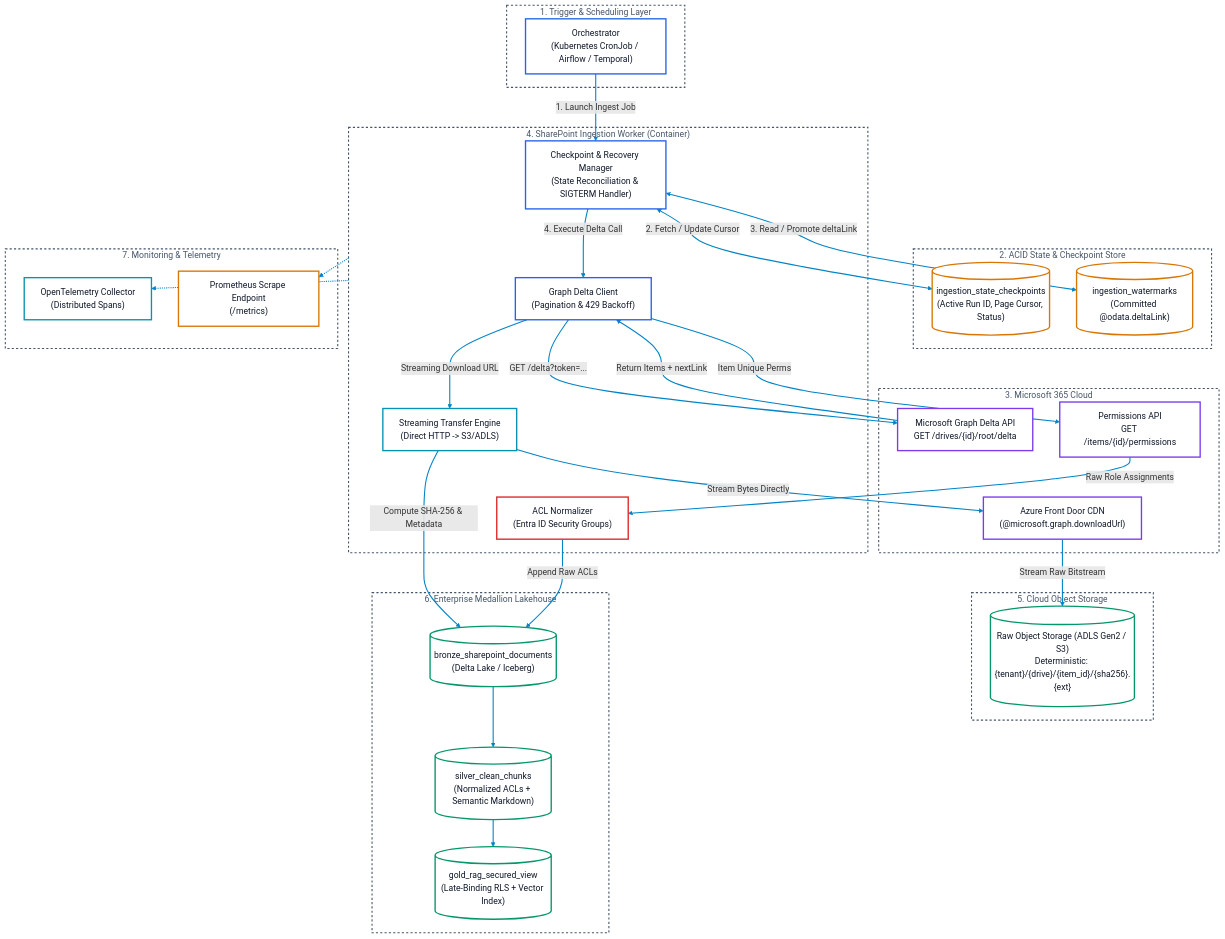
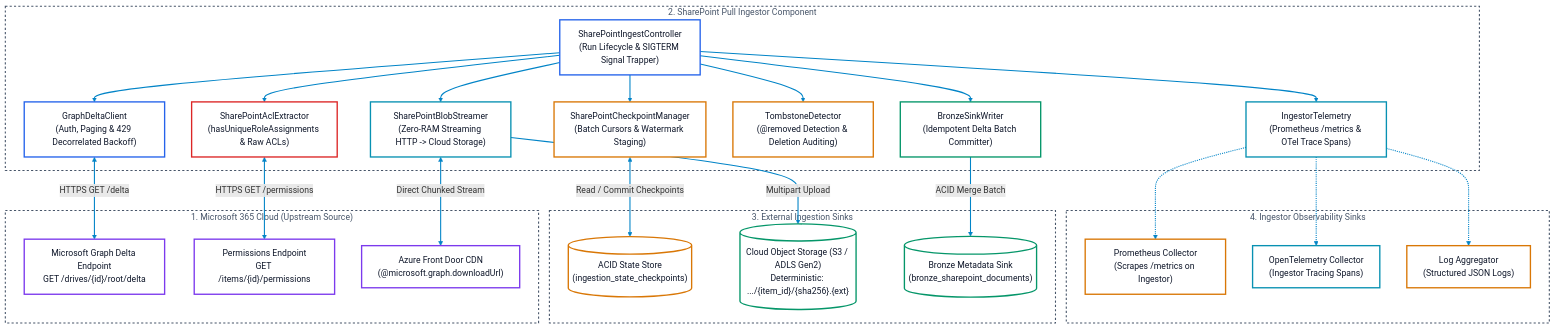
The first of 2 diagrams in docs/architectures/sharepoint_pull_ingestor_architecture.md (toanbui626391/document_ingestors), drawn with Mermaid before and after one commit. The commit also changed other lines of this file and 2 other files, not shown here.

````diff
--- a/docs/architectures/sharepoint_pull_ingestor_architecture.md
+++ b/docs/architectures/sharepoint_pull_ingestor_architecture.md
@@ -12,82 +14,66 @@
 ```mermaid
 flowchart TD
-    subgraph Trigger ["1. Trigger & Scheduling Layer"]
-        Scheduler["Orchestrator\n(Kubernetes CronJob / Airflow / Temporal)"]:::blue
-    end
-
-    subgraph StateTier ["2. ACID State & Checkpoint Store"]
-        Checkpoints[("ingestion_state_checkpoints\n(Active Run ID, Page Cursor, Status)")]:::amber
-        Watermarks[("ingestion_watermarks\n(Committed @odata.deltaLink)")]:::amber
-    end
-
-    subgraph SourceSystem ["3. Microsoft 365 Cloud"]
-        GraphDelta["Microsoft Graph Delta API\nGET /drives/{id}/root/delta"]:::purple
-        GraphPerms["Permissions API\nGET /items/{id}/permissions"]:::purple
+    subgraph UpstreamM365 ["1. Microsoft 365 Cloud (Upstream Source)"]
+        GraphDelta["Microsoft Graph Delta Endpoint\nGET /drives/{id}/root/delta"]:::purple
+        GraphPerms["Permissions Endpoint\nGET /items/{id}/permissions"]:::purple
         AzureCDN["Azure Front Door CDN\n(@microsoft.graph.downloadUrl)"]:::purple
     end
 
-    subgraph WorkerPod ["4. SharePoint Ingestion Worker (Container)"]
-        StateEngine["Checkpoint & Recovery Manager\n(State Reconciliation & SIGTERM Handler)"]:::blue
-        DeltaClient["Graph Delta Client\n(Pagination & 429 Backoff)"]:::blue
-        StreamEngine["Streaming Transfer Engine\n(Direct HTTP -> S3/ADLS)"]:::cyan
-        AclEngine["ACL Normalizer\n(Entra ID Security Groups)"]:::red
+    subgraph SharePointIngestor ["2. SharePoint Pull Ingestor Component"]
+        Controller["SharePointIngestController\n(Run Lifecycle & SIGTERM Signal Trapper)"]:::blue
+        DeltaClient["GraphDeltaClient\n(Auth, Paging & 429 Decorrelated Backoff)"]:::blue
+        CheckpointMgr["SharePointCheckpointManager\n(Batch Cursors & Watermark Staging)"]:::amber
+        BlobStreamer["SharePointBlobStreamer\n(Zero-RAM Streaming HTTP -> Cloud Storage)"]:::cyan
+        AclExtractor["SharePointAclExtractor\n(hasUniqueRoleAssignments & Raw ACLs)"]:::red
+        TombstoneHandler["TombstoneDetector\n(@removed Detection & Deletion Auditing)"]:::amber
+        BronzeWriter["BronzeSinkWriter\n(Idempotent Delta Batch Committer)"]:::green
+        Telemetry["IngestorTelemetry\n(Prometheus /metrics & OTel Trace Spans)"]:::cyan
     end
 
-    subgraph StorageTier ["5. Cloud Object Storage"]
-        RawStore[("Raw Object Storage (ADLS Gen2 / S3)\nDeterministic: {tenant}/{drive}/{item_id}/{sha256}.{ext}")]:::green
+    subgraph IngestSinks ["3. External Ingestion Sinks"]
+        StateDB[("ACID State Store\n(ingestion_state_checkpoints)")]:::amber
+        CloudStorage[("Cloud Object Storage (S3 / ADLS Gen2)\nDeterministic: .../{item_id}/{sha256}.{ext}")]:::green
+        BronzeTable[("Bronze Metadata Sink\n(bronze_sharepoint_documents)")]:::green
     end
 
-    subgraph LakehouseTier ["6. Enterprise Medallion Lakehouse"]
-        BronzeTable[("bronze_sharepoint_documents\n(Delta Lake / Iceberg)")]:::green
-        SilverTable[("silver_clean_chunks\n(Normalized ACLs + Semantic Markdown)")]:::green
-        GoldView[("gold_rag_secured_view\n(Late-Binding RLS + Vector Index)")]:::green
+    subgraph Observability ["4. Ingestor Observability Sinks"]
+        Prom["Prometheus Collector\n(Scrapes /metrics on Ingestor)"]:::amber
+        Otel["OpenTelemetry Collector\n(Ingestor Tracing Spans)"]:::cyan
+        Logs["Log Aggregator\n(Structured JSON Logs)"]:::amber
     end
 
-    subgraph TelemetryTier ["7. Monitoring & Telemetry"]
-        OtelExporter["OpenTelemetry Collector\n(Distributed Spans)"]:::cyan
-        PromExporter["Prometheus Scrape Endpoint\n(/metrics)"]:::amber
-    end
+    %% Internal Subsystem Wiring
+    Controller --> DeltaClient
+    Controller --> CheckpointMgr
+    Controller --> BlobStreamer
+    Controller --> AclExtractor
+    Controller --> TombstoneHandler
+    Controller --> BronzeWriter
+    Controller --> Telemetry
 
-    %% Trigger & State
-    Scheduler -->|1. Launch Ingest Job| StateEngine
-    StateEngine <-->|2. Fetch / Update Cursor| Checkpoints
-    StateEngine <-->|3. Read / Promote deltaLink| Watermarks
+    %% Boundary Connections
+    DeltaClient <-->|HTTPS GET /delta| GraphDelta
+    AclExtractor <-->|HTTPS GET /permissions| GraphPerms
+    BlobStreamer <-->|Direct Chunked Stream| AzureCDN
 
-    %% Discovery & Fetch
-    StateEngine -->|4. Execute Delta Call| DeltaClient
-    DeltaClient -->|GET /delta?token=...| GraphDelta
-    GraphDelta -->|Return Items + nextLink| DeltaClient
+    CheckpointMgr <-->|Read / Commit Checkpoints| StateDB
+    BlobStreamer -->|Multipart Upload| CloudStorage
+    BronzeWriter -->|ACID Merge Batch| BronzeTable
 
-    %% Processing
-    DeltaClient -->|Item Unique Perms| GraphPerms
-    GraphPerms -->|Raw Role Assignments| AclEngine
-    DeltaClient -->|Streaming Download URL| StreamEngine
-    StreamEngine -->|Stream Bytes Directly| AzureCDN
-    AzureCDN -->|Stream Raw Bitstream| RawStore
-    StreamEngine -->|Compute SHA-256 & Metadata| BronzeTable
-    AclEngine -->|Append Raw ACLs| BronzeTable
-
-    %% Medallion Promotion
-    BronzeTable --> SilverTable
-    SilverTable --> GoldView
-
-    %% Observability
-    WorkerPod -.-> OtelExporter
-    WorkerPod -.-> PromExporter
+    Telemetry -.-> Prom
+    Telemetry -.-> Otel
+    Telemetry -.-> Logs
 
     %% Subgraphs Style
-    style Trigger fill:none,stroke:#475569,stroke-width:2px,stroke-dasharray: 4 4,color:#475569
-    style StateTier fill:none,stroke:#475569,stroke-width:2px,stroke-dasharray: 4 4,color:#475569
-    style SourceSystem fill:none,stroke:#475569,stroke-width:2px,stroke-dasharray: 4 4,color:#475569
-    style WorkerPod fill:none,stroke:#475569,stroke-width:2px,stroke-dasharray: 4 4,color:#475569
-    style StorageTier fill:none,stroke:#475569,stroke-width:2px,stroke-dasharray: 4 4,color:#475569
-    style LakehouseTier fill:none,stroke:#475569,stroke-width:2px,stroke-dasharray: 4 4,color:#475569
-    style TelemetryTier fill:none,stroke:#475569,stroke-width:2px,stroke-dasharray: 4 4,color:#475569
+    style UpstreamM365 fill:none,stroke:#475569,stroke-width:2px,stroke-dasharray: 4 4,color:#475569
+    style SharePointIngestor fill:none,stroke:#475569,stroke-width:2px,stroke-dasharray: 4 4,color:#475569
+    style IngestSinks fill:none,stroke:#475569,stroke-width:2px,stroke-dasharray: 4 4,color:#475569
+    style Observability fill:none,stroke:#475569,stroke-width:2px,stroke-dasharray: 4 4,color:#475569
 
     %% High-Visibility Link Arrows
     linkStyle default stroke:#0284c7,stroke-width:2px
 
-    %% Reusable High-Luminance Card Classes
+    %% Dual-Mode Card Palette
     classDef default fill:#ffffff,stroke:#475569,stroke-width:2.5px,color:#0f172a;
     classDef blue    fill:#ffffff,stroke:#2563eb,stroke-width:2.5px,color:#0f172a;
     classDef green   fill:#ffffff,stroke:#059669,stroke-width:2.5px,color:#0f172a;
````
